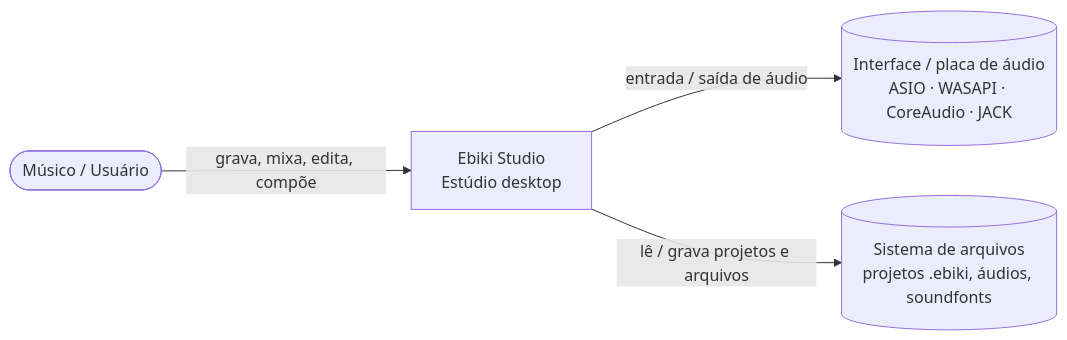
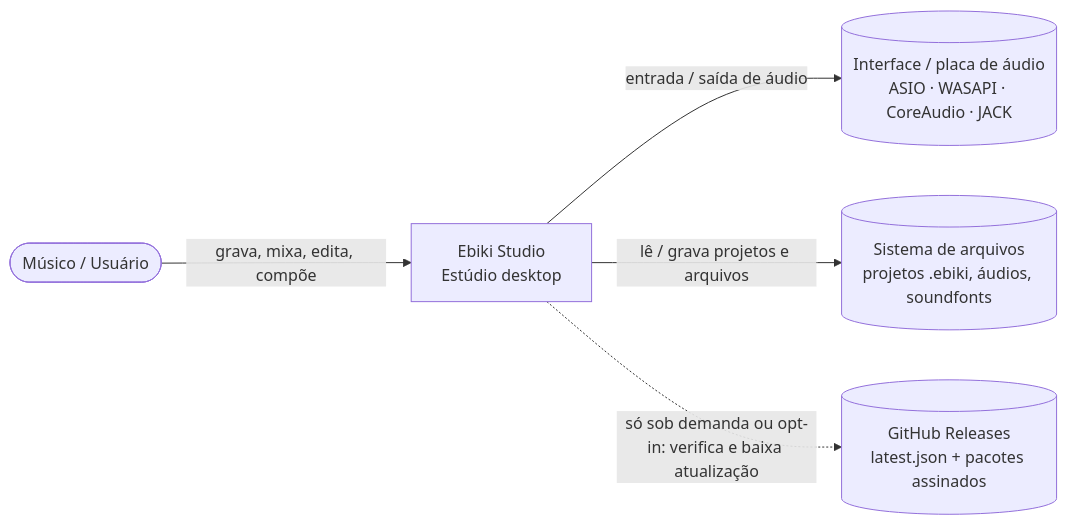
One commit to TokumoH/Ebiki-Studio changed the first of 11 diagrams in docs/arquitetura/2026-11-05-arquitetura-geral.md. Above: the diagram before and after it, drawn with Mermaid. The commit also changed other lines of this file and 16 other files, not shown here.

First line of the commit message:
fix: atualização salva o projeto antes de instalar (Windows encerra o app) + varredura 3

````diff
--- a/docs/arquitetura/2026-11-05-arquitetura-geral.md
+++ b/docs/arquitetura/2026-11-05-arquitetura-geral.md
@@ -12,10 +12,12 @@
 ```mermaid
 flowchart LR
     user([Músico / Usuário])
     app[Ebiki Studio<br/>Estúdio desktop]
     dev[(Interface / placa de áudio<br/>ASIO · WASAPI · CoreAudio · JACK)]
     fs[(Sistema de arquivos<br/>projetos .ebiki, áudios, soundfonts)]
     user -- grava, mixa, edita, compõe --> app
     app -- entrada / saída de áudio --> dev
     app -- lê / grava projetos e arquivos --> fs
+    gh[(GitHub Releases<br/>latest.json + pacotes assinados)]
+    app -. só sob demanda ou opt-in: verifica e baixa atualização .-> gh
 ```
````
